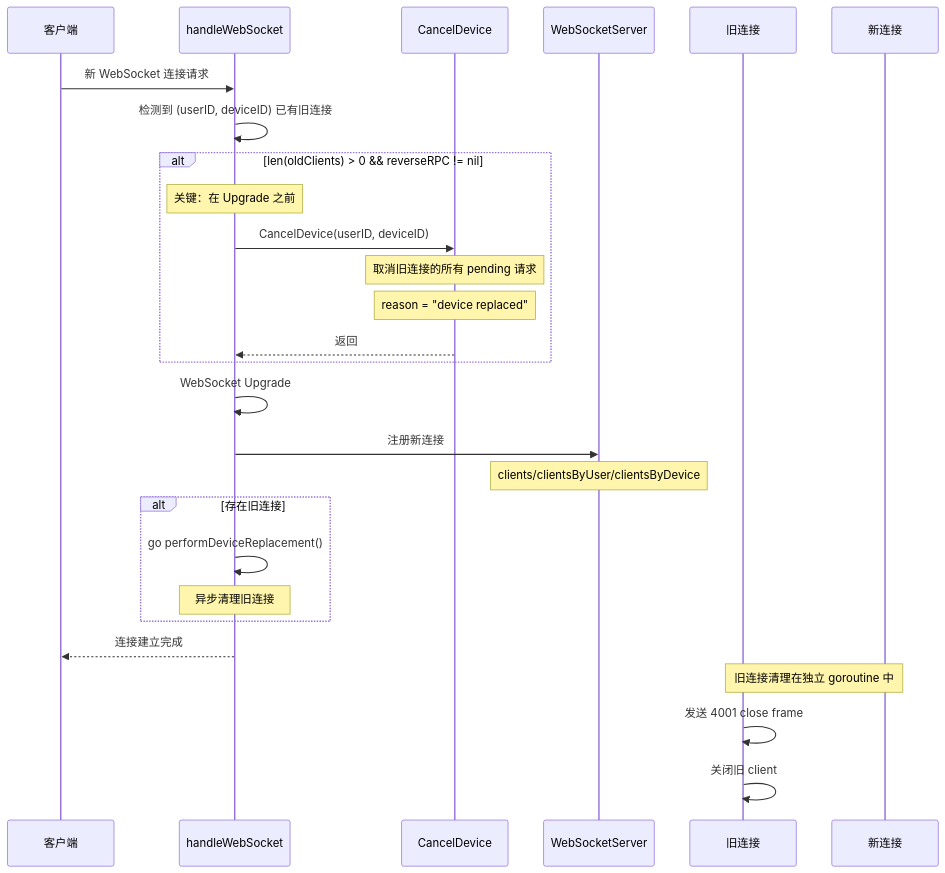
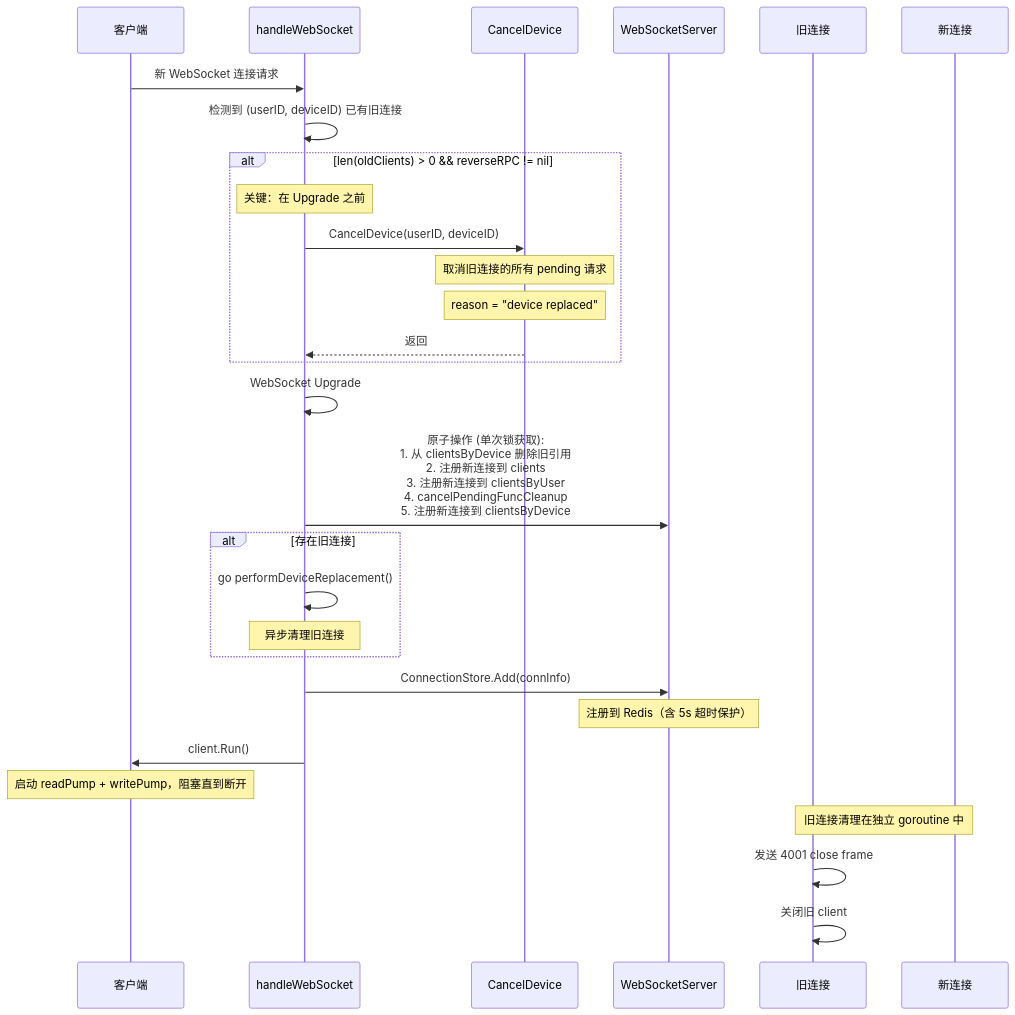
One commit to PineappleBond/xyncra-server changed the tenth of 12 diagrams in wiki/flows/reverse-rpc.md. Above: the diagram before and after it, drawn with Mermaid. The commit also changed other lines of this file and 22 other files, not shown here.

````diff
--- a/wiki/flows/reverse-rpc.md
+++ b/wiki/flows/reverse-rpc.md
@@ -749,36 +766,39 @@
 ```mermaid
 sequenceDiagram
     participant Client as 客户端
     participant Handler as handleWebSocket
     participant CD as CancelDevice
     participant WS as WebSocketServer
     participant OldConn as 旧连接
     participant NewConn as 新连接
 
     Client->>Handler: 新 WebSocket 连接请求
     Handler->>Handler: 检测到 (userID, deviceID) 已有旧连接
 
     alt len(oldClients) > 0 && reverseRPC != nil
         Note over Handler: 关键：在 Upgrade 之前
 
         Handler->>CD: CancelDevice(userID, deviceID)
         Note over CD: 取消旧连接的所有 pending 请求
         Note over CD: reason = "device replaced"
         CD-->>Handler: 返回
     end
 
     Handler->>Handler: WebSocket Upgrade
-    Handler->>WS: 注册新连接
-    Note over WS: clients/clientsByUser/clientsByDevice
+    Handler->>WS: 原子操作 (单次锁获取):<br/>1. 从 clientsByDevice 删除旧引用<br/>2. 注册新连接到 clients<br/>3. 注册新连接到 clientsByUser<br/>4. cancelPendingFuncCleanup<br/>5. 注册新连接到 clientsByDevice
 
     alt 存在旧连接
         Handler->>Handler: go performDeviceReplacement()
         Note over Handler: 异步清理旧连接
     end
 
-    Handler-->>Client: 连接建立完成
+    Handler->>WS: ConnectionStore.Add(connInfo)
+    Note over WS: 注册到 Redis（含 5s 超时保护）
+
+    Handler->>Client: client.Run()
+    Note over Client: 启动 readPump + writePump，阻塞直到断开
 
     Note over OldConn,NewConn: 旧连接清理在独立 goroutine 中
     OldConn->>OldConn: 发送 4001 close frame
     OldConn->>OldConn: 关闭旧 client
 ```
````
